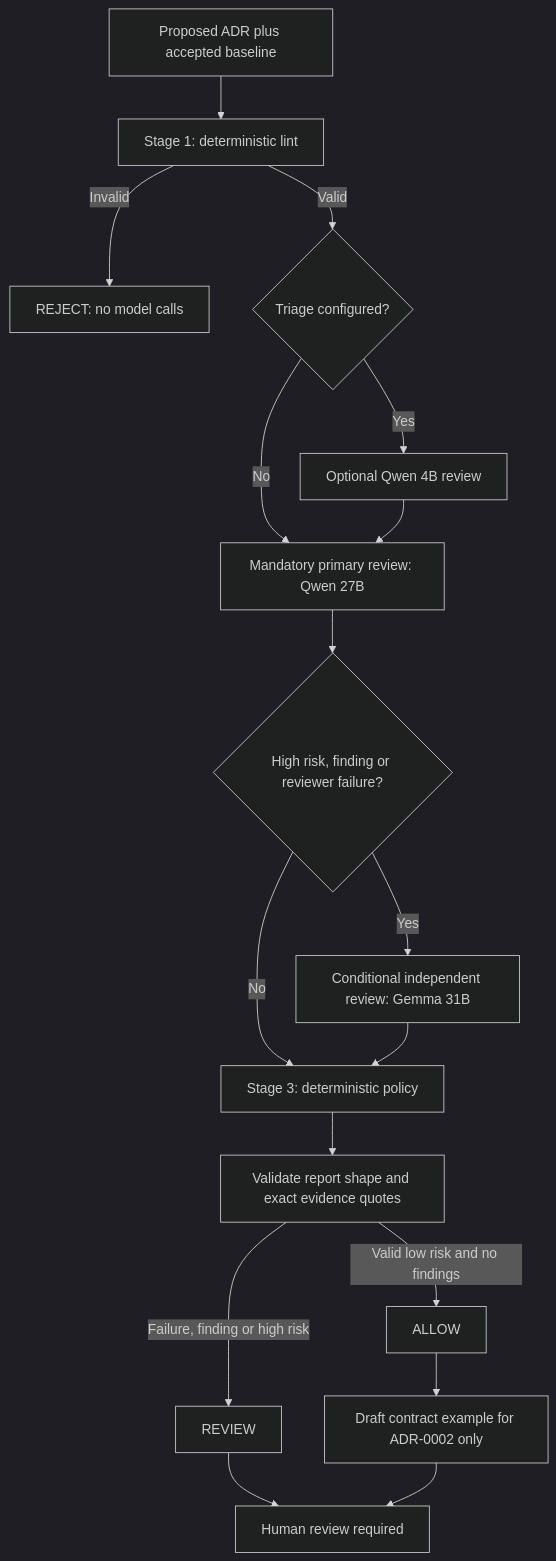
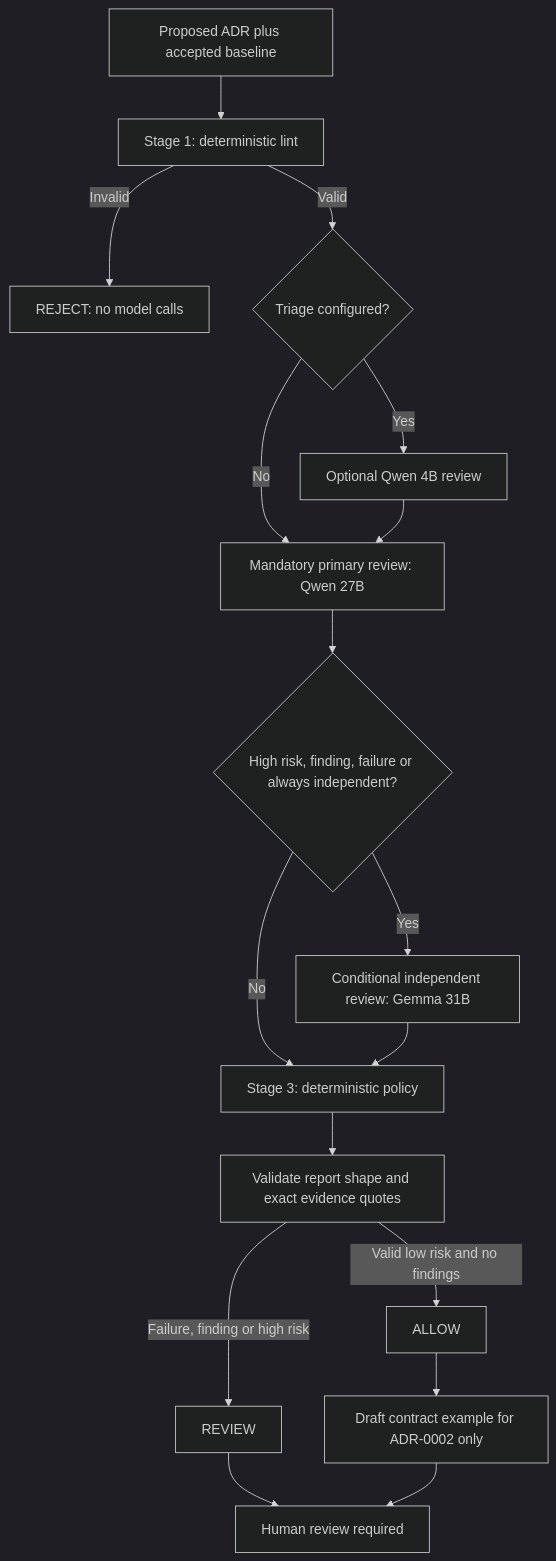
One commit to edh-project/edh-adr-preflight changed the second of 2 diagrams in docs/architecture.md. Above: the diagram before and after it, drawn with Mermaid (dark theme). The commit also changed other lines of this file and 6 other files, not shown here.

````diff
--- a/docs/architecture.md
+++ b/docs/architecture.md
@@ -33,19 +33,19 @@
 ```mermaid
 flowchart TD
   S[Proposed ADR plus accepted baseline] --> L[Stage 1: deterministic lint]
   L -->|Invalid| X[REJECT: no model calls]
   L -->|Valid| T{Triage configured?}
   T -->|Yes| Q4[Optional Qwen 4B review]
   T -->|No| Q[Mandatory primary review: Qwen 27B]
   Q4 --> Q
-  Q --> E{High risk, finding or reviewer failure?}
+  Q --> E{High risk, finding, failure or always independent?}
   E -->|Yes| G[Conditional independent review: Gemma 31B]
   E -->|No| P[Stage 3: deterministic policy]
   G --> P
   P --> V[Validate report shape and exact evidence quotes]
   V -->|Failure, finding or high risk| R[REVIEW]
   V -->|Valid low risk and no findings| A[ALLOW]
   A --> C[Draft contract example for ADR-0002 only]
   R --> H[Human review required]
   C --> H
 ```
````
